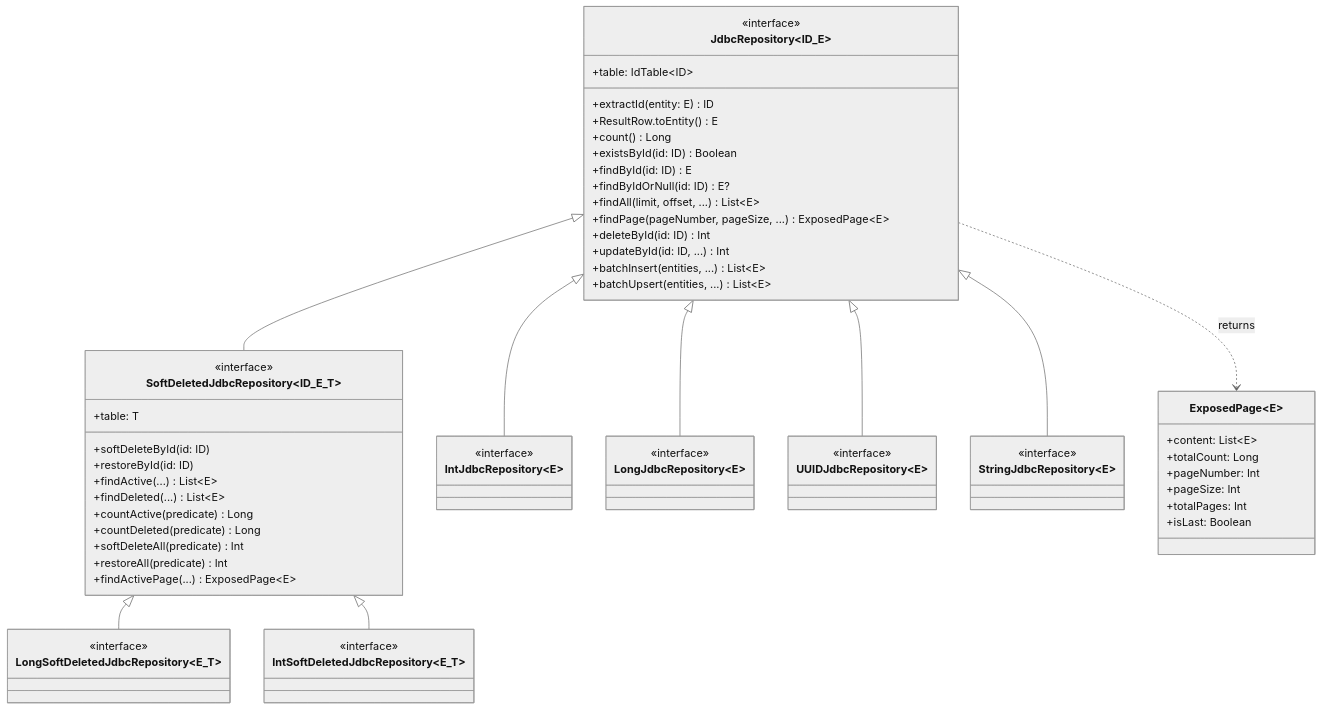
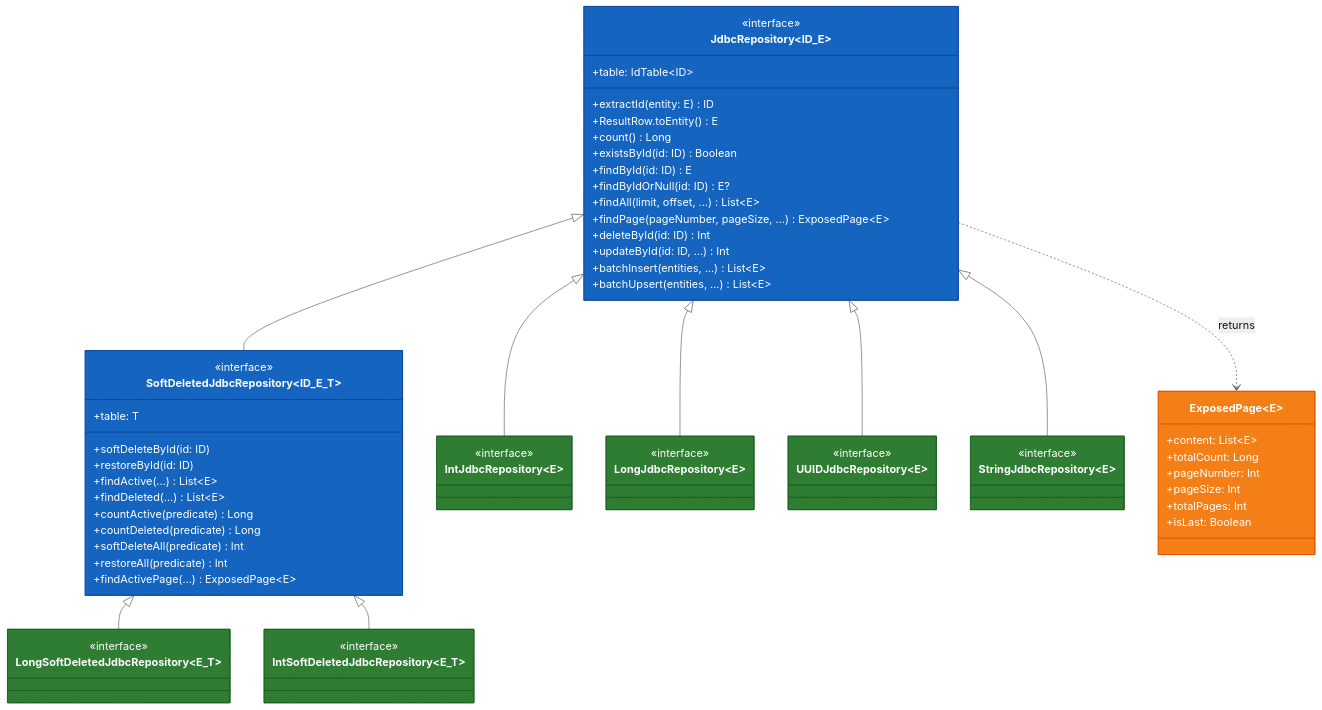
One commit to bluetape4k/bluetape4k-projects changed the third of 6 diagrams in data/exposed-jdbc/README.ko.md. Above: the diagram before and after it, drawn with Mermaid (neutral theme). The commit also changed other lines of this file and 221 other files, not shown here.

First line of the commit message:
docs: 전체 모듈 README UML 다이어그램 보강 및 색상 업그레이드

````diff
--- a/data/exposed-jdbc/README.ko.md
+++ b/data/exposed-jdbc/README.ko.md
@@ -521,4 +531,14 @@
 SoftDeletedJdbcRepository <|-- LongSoftDeletedJdbcRepository
 SoftDeletedJdbcRepository <|-- IntSoftDeletedJdbcRepository
 JdbcRepository ..> ExposedPage: returns
+
+    style JdbcRepository fill:#1565C0,stroke:#0D47A1,color:#FFFFFF
+    style SoftDeletedJdbcRepository fill:#1565C0,stroke:#0D47A1,color:#FFFFFF
+    style IntJdbcRepository fill:#2E7D32,stroke:#1B5E20,color:#FFFFFF
+    style LongJdbcRepository fill:#2E7D32,stroke:#1B5E20,color:#FFFFFF
+    style UUIDJdbcRepository fill:#2E7D32,stroke:#1B5E20,color:#FFFFFF
+    style StringJdbcRepository fill:#2E7D32,stroke:#1B5E20,color:#FFFFFF
+    style LongSoftDeletedJdbcRepository fill:#2E7D32,stroke:#1B5E20,color:#FFFFFF
+    style IntSoftDeletedJdbcRepository fill:#2E7D32,stroke:#1B5E20,color:#FFFFFF
+    style ExposedPage fill:#F57F17,stroke:#E65100,color:#FFFFFF
 ```
````
